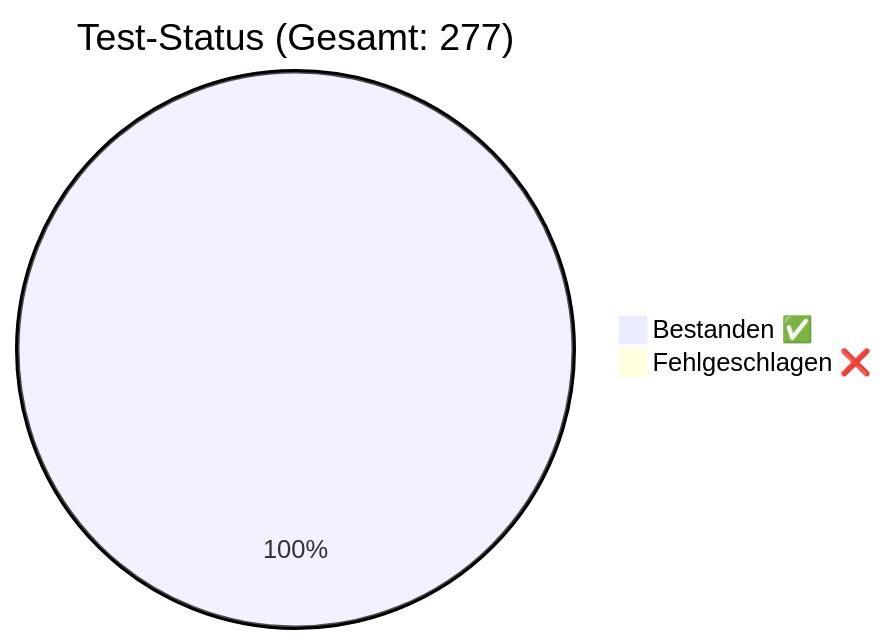
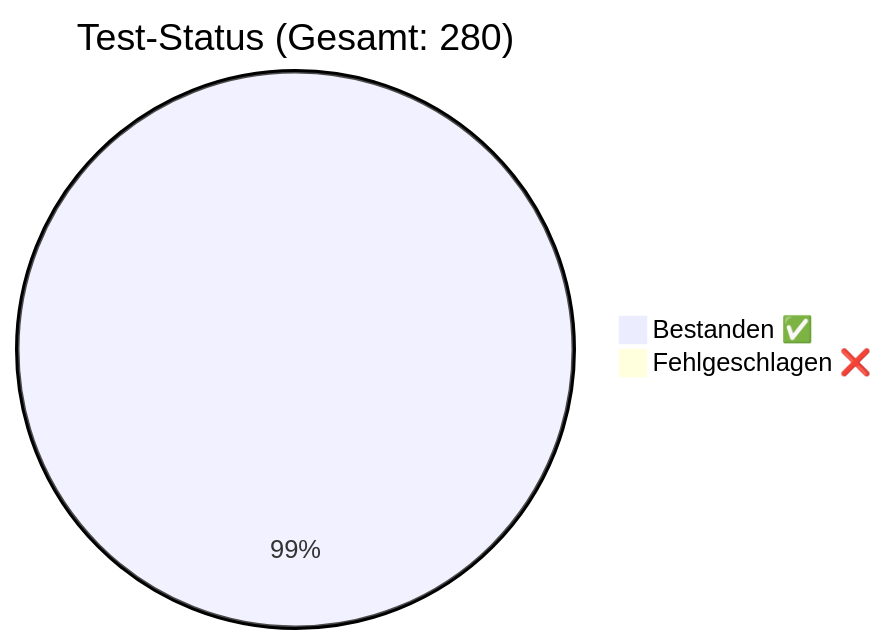
One commit to rorila/GCS changed the diagram in docs/QA_Report.md. Above: the diagram before and after it, drawn with Mermaid. The commit also changed other lines of this file and 13 other files, not shown here.

````diff
--- a/docs/QA_Report.md
+++ b/docs/QA_Report.md
@@ -8,5 +8,5 @@
 ```mermaid
-pie title Test-Status (Gesamt: 277)
-    "Bestanden ✅" : 277
-    "Fehlgeschlagen ❌" : 0
+pie title Test-Status (Gesamt: 280)
+    "Bestanden ✅" : 278
+    "Fehlgeschlagen ❌" : 2
 ```
````
